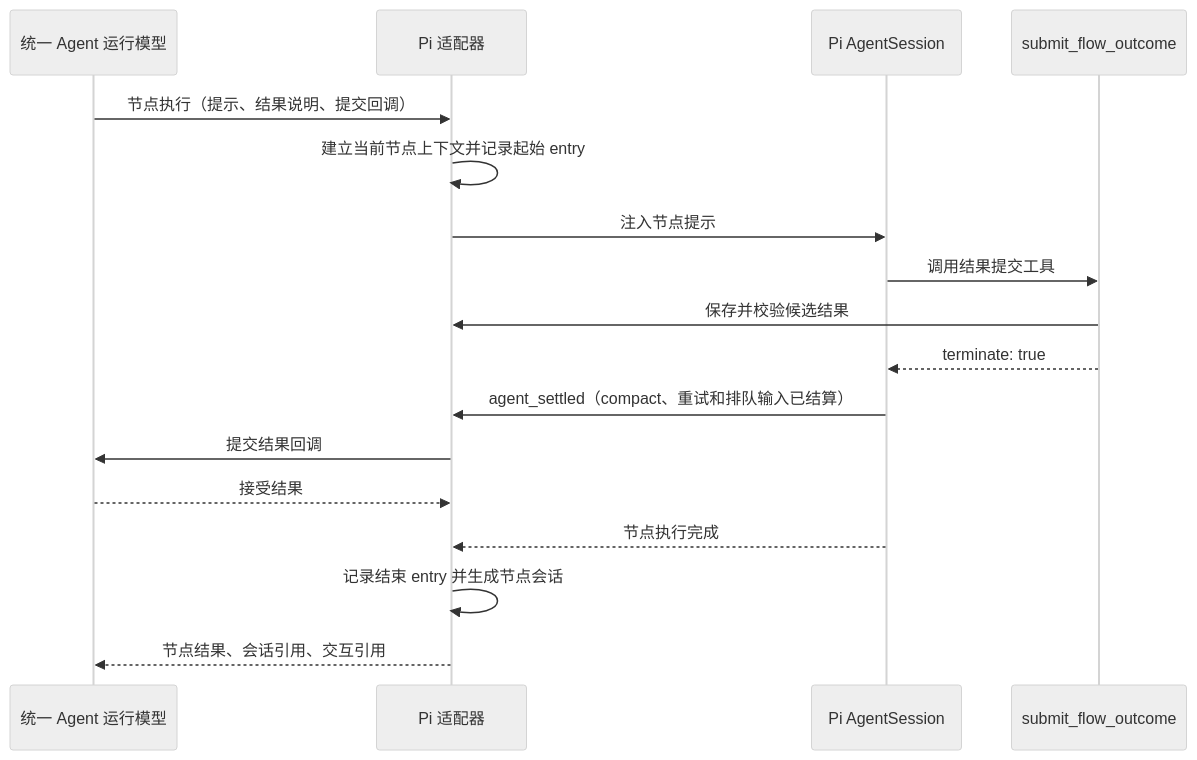
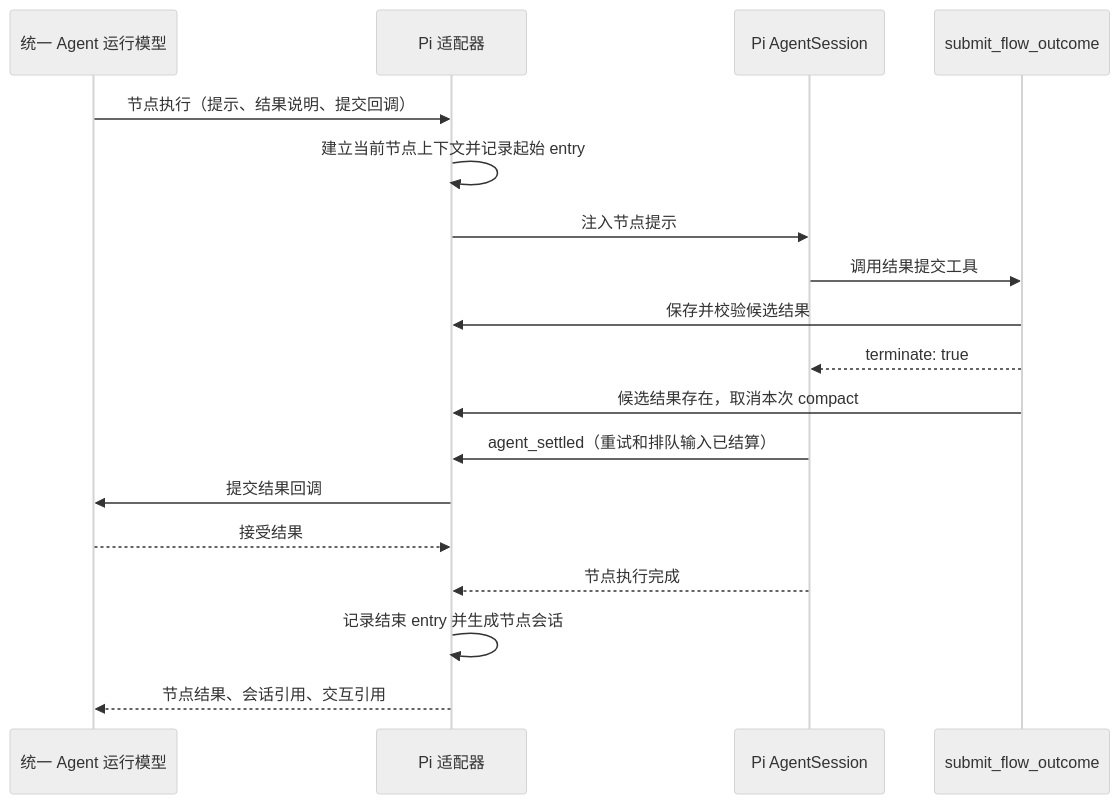
One commit to JhihJian/Agent-Flow-Runtime changed the second of 3 diagrams in docs/pi-agent-integration-adapter-design.md. Above: the diagram before and after it, drawn with Mermaid (neutral theme). The commit also changed other lines of this file and 6 other files, not shown here.

Commit message:
修复 Flow 结果提交前触发 compact

````diff
--- a/docs/pi-agent-integration-adapter-design.md
+++ b/docs/pi-agent-integration-adapter-design.md
@@ -123,20 +123,21 @@
 ```mermaid
 sequenceDiagram
   participant M as 统一 Agent 运行模型
   participant P as Pi 适配器
   participant S as Pi AgentSession
   participant T as submit_flow_outcome
 
   M->>P: 节点执行（提示、结果说明、提交回调）
   P->>P: 建立当前节点上下文并记录起始 entry
   P->>S: 注入节点提示
   S->>T: 调用结果提交工具
   T->>P: 保存并校验候选结果
   T-->>S: terminate: true
-  S->>P: agent_settled（compact、重试和排队输入已结算）
+  T->>P: 候选结果存在，取消本次 compact
+  S->>P: agent_settled（重试和排队输入已结算）
   P->>M: 提交结果回调
   M-->>P: 接受结果
   S-->>P: 节点执行完成
   P->>P: 记录结束 entry 并生成节点会话
   P-->>M: 节点结果、会话引用、交互引用
 ```
````
